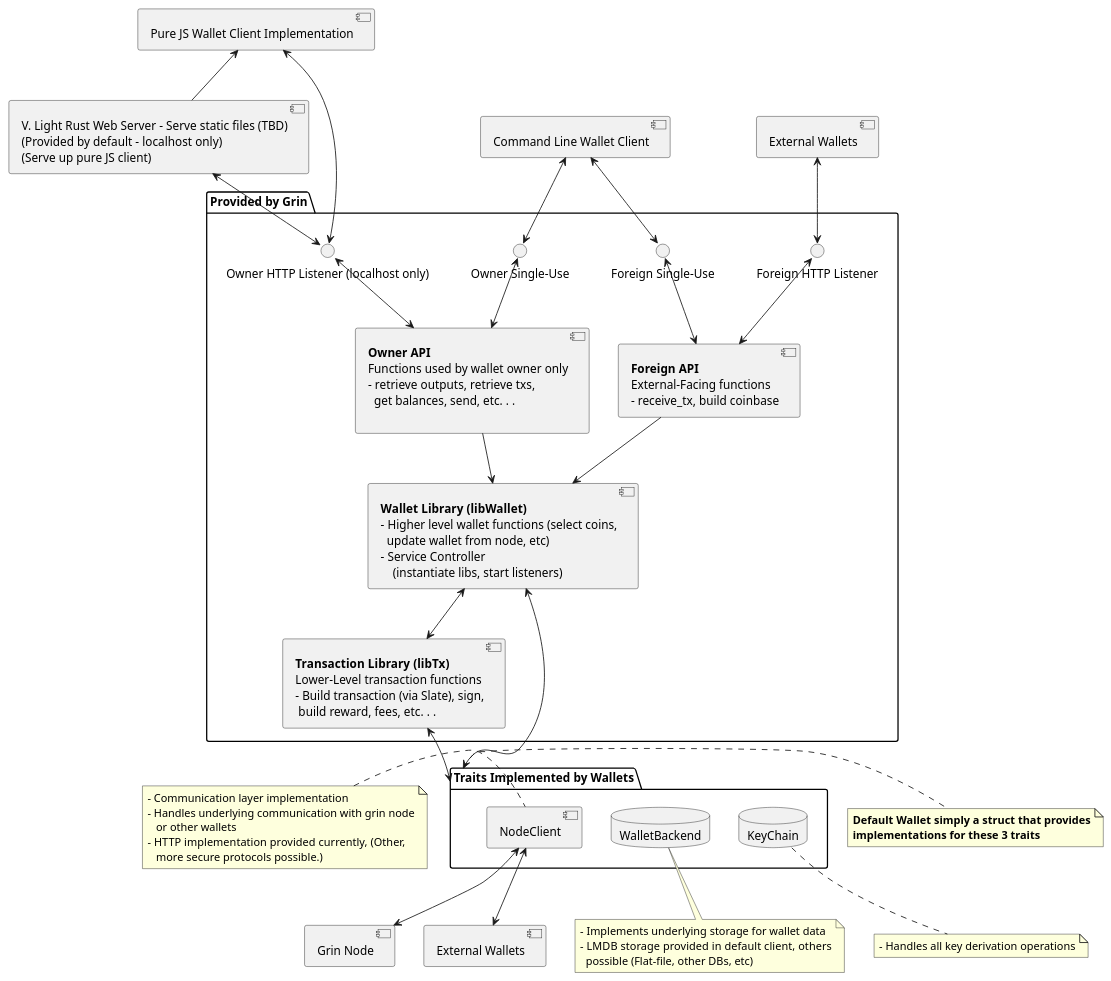
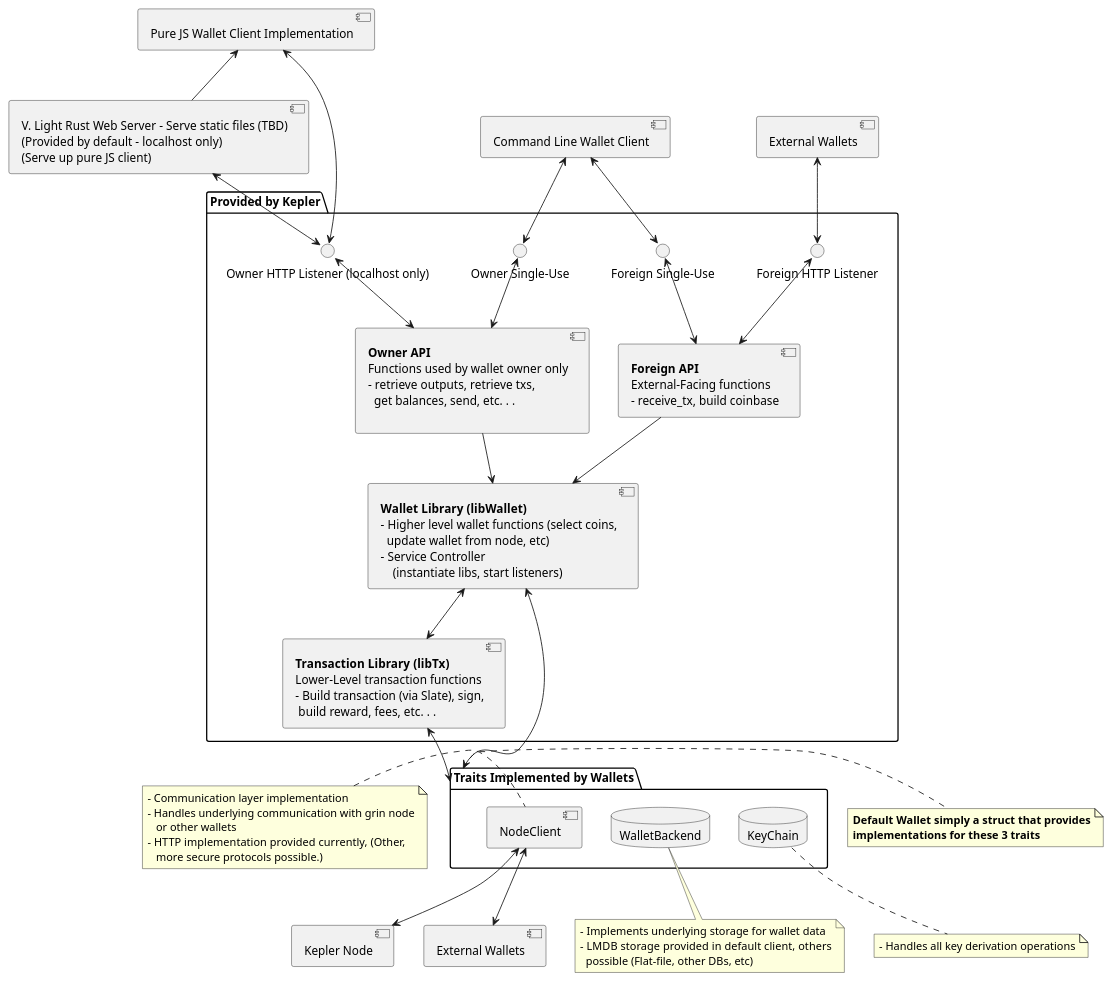
Before and after one commit to keplernetwork/kepler: the diagram in doc/wallet/design/wallet-arch.puml, drawn with PlantUML. The commit also changed 265 other files, not shown here.

```diff
--- a/doc/wallet/design/wallet-arch.puml
+++ b/doc/wallet/design/wallet-arch.puml
@@ -1,110 +1,110 @@
 @startuml grin-wallet-overview 
 skinparam componentStyle uml2
 
-[Grin Node] as grin_node
+[Kepler Node] as grin_node
 
-folder "Provided by Grin" as services {
+folder "Provided by Kepler" as services {
 	component foreign_api [
 		**Foreign API**
 		External-Facing functions
 		- receive_tx, build coinbase
 	]
 
 	component owner_api [
 		**Owner API**
 		Functions used by wallet owner only
 		- retrieve outputs, retrieve txs,
 		  get balances, send, etc. . .
 
 	]
 	component libtx [
         **Transaction Library (libTx)**
         Lower-Level transaction functions
         - Build transaction (via Slate), sign,
          build reward, fees, etc. . .
 	]
 	component libwallet [
         **Wallet Library (libWallet)	**
         - Higher level wallet functions (select coins,
           update wallet from node, etc)
         - Service Controller
             (instantiate libs, start listeners)
 	]
 	() "Owner HTTP Listener (localhost only)" as owner_http
 	() "Foreign HTTP Listener" as foreign_http
 	() "Owner Single-Use" as owner_single
 	() "Foreign Single-Use" as foreign_single
 }
 
 ' Trait definitions
 package "Traits Implemented by Wallets" as traits {
 	database "WalletBackend" as wallet_backend
 	database "KeyChain" as keychain
 	component "NodeClient" as wallet_client
 }
 
 note left of wallet_client
     - Communication layer implementation
     - Handles underlying communication with grin node
        or other wallets
     - HTTP implementation provided currently, (Other,
        more secure protocols possible.)
 end note
 
 note bottom of keychain
     - Handles all key derivation operations
 end note
 
 note bottom of wallet_backend
     - Implements underlying storage for wallet data
     - LMDB  storage provided in default client, others
       possible (Flat-file, other DBs, etc)
 end note
 
 libtx <--> traits
 libwallet <--> traits
 
 note right of traits
     **Default Wallet simply a struct that provides**
     **implementations for these 3 traits**
 end note
 
 ' Client Side
 'package "Provided as reference implementation" {
 	[Pure JS Wallet Client Implementation] as js_client
 	[Command Line Wallet Client] as cl_client
 	component web_server [
 			V. Light Rust Web Server - Serve static files (TBD)
 			(Provided by default - localhost only)
 			(Serve up pure JS client)
 	]
 '}
 
 [External Wallets] as external_wallets
 [External Wallets] as external_wallets_2
 
 wallet_client <--> grin_node
 wallet_client <--> external_wallets_2
 
 web_server <--> owner_http
 js_client <-- web_server
 cl_client <--> owner_single
 cl_client <--> foreign_single
 
 owner_single <--> owner_api
 foreign_single <--> foreign_api
 
 libwallet <--> libtx
 
 foreign_api --> libwallet
 owner_api --> libwallet
 
 js_client <--> owner_http
 owner_http <--> owner_api
 external_wallets <--> foreign_http
 foreign_http <--> foreign_api
 
 'layout fix
 'grin_node -[hidden]- wallet_backend
 
 @enduml
```
